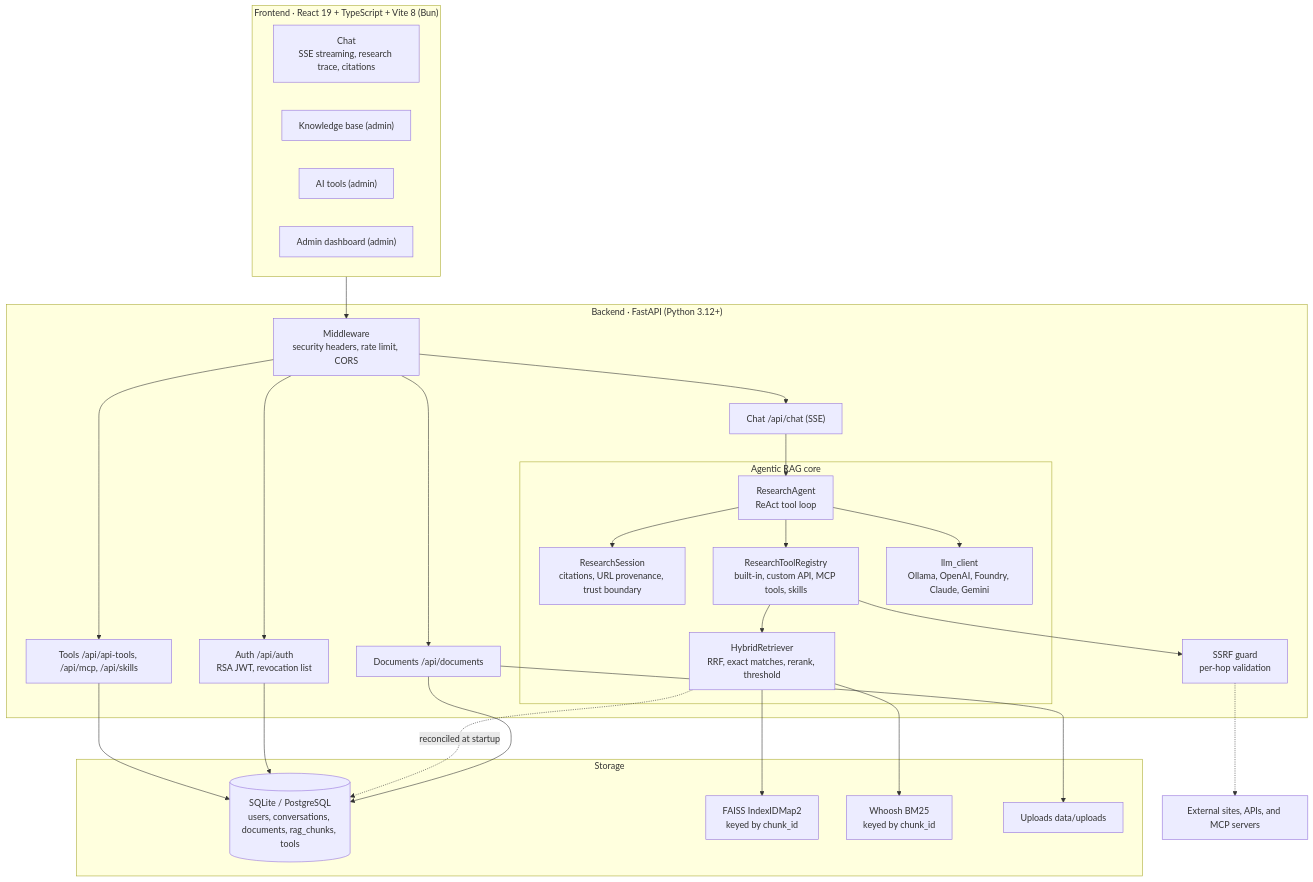
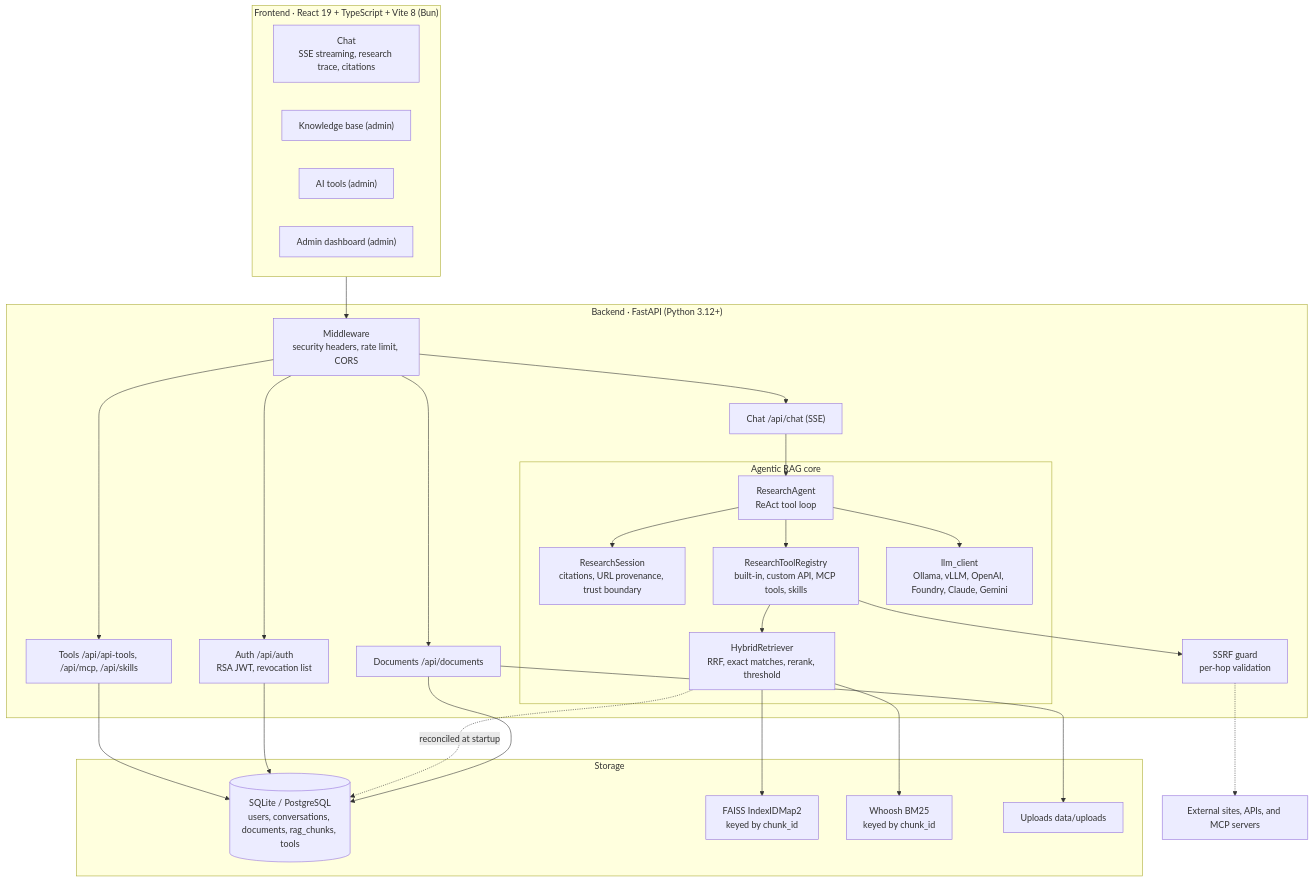
Before and after one commit to Scorpio-meow/AskMiao: the second of 3 diagrams in README_en.md, drawn with Mermaid. The commit also changed other lines of this file and 53 other files, not shown here.

````diff
--- a/README_en.md
+++ b/README_en.md
@@ -256,50 +256,50 @@
 ```mermaid
 flowchart TB
     subgraph Client ["Frontend · React 19 + TypeScript + Vite 8 (Bun)"]
         ChatUI["Chat<br/>SSE streaming, research trace, citations"]
         DocsUI["Knowledge base (admin)"]
         ToolsUI["AI tools (admin)"]
         AdminUI["Admin dashboard (admin)"]
     end
 
     subgraph Backend ["Backend · FastAPI (Python 3.12+)"]
         MW["Middleware<br/>security headers, rate limit, CORS"]
         Auth["Auth /api/auth<br/>RSA JWT, revocation list"]
         ChatAPI["Chat /api/chat (SSE)"]
         DocAPI["Documents /api/documents"]
         ToolAPI["Tools /api/api-tools, /api/mcp, /api/skills"]
 
         subgraph Core ["Agentic RAG core"]
             Agent["ResearchAgent<br/>ReAct tool loop"]
             Session["ResearchSession<br/>citations, URL provenance, trust boundary"]
             Registry["ResearchToolRegistry<br/>built-in, custom API, MCP tools, skills"]
             Retriever["HybridRetriever<br/>RRF, exact matches, rerank, threshold"]
-            LLM["llm_client<br/>Ollama, OpenAI, Foundry, Claude, Gemini"]
+            LLM["llm_client<br/>Ollama, vLLM, OpenAI, Foundry, Claude, Gemini"]
         end
 
         SSRF["SSRF guard<br/>per-hop validation"]
     end
 
     subgraph Storage ["Storage"]
         DB[("SQLite / PostgreSQL<br/>users, conversations, documents, rag_chunks, tools")]
         FAISS["FAISS IndexIDMap2<br/>keyed by chunk_id"]
         BM25["Whoosh BM25<br/>keyed by chunk_id"]
         Files["Uploads data/uploads"]
     end
 
     Client --> MW
     MW --> Auth & ChatAPI & DocAPI & ToolAPI
     ChatAPI --> Agent
     Agent --> Session
     Agent --> Registry
     Agent --> LLM
     Registry --> Retriever
     Registry --> SSRF
     SSRF -.-> Ext["External sites, APIs, and MCP servers"]
     Retriever --> FAISS & BM25
     DocAPI --> Files
     DocAPI --> DB
     Retriever -.->|reconciled at startup| DB
     Auth --> DB
     ToolAPI --> DB
 ```
````
